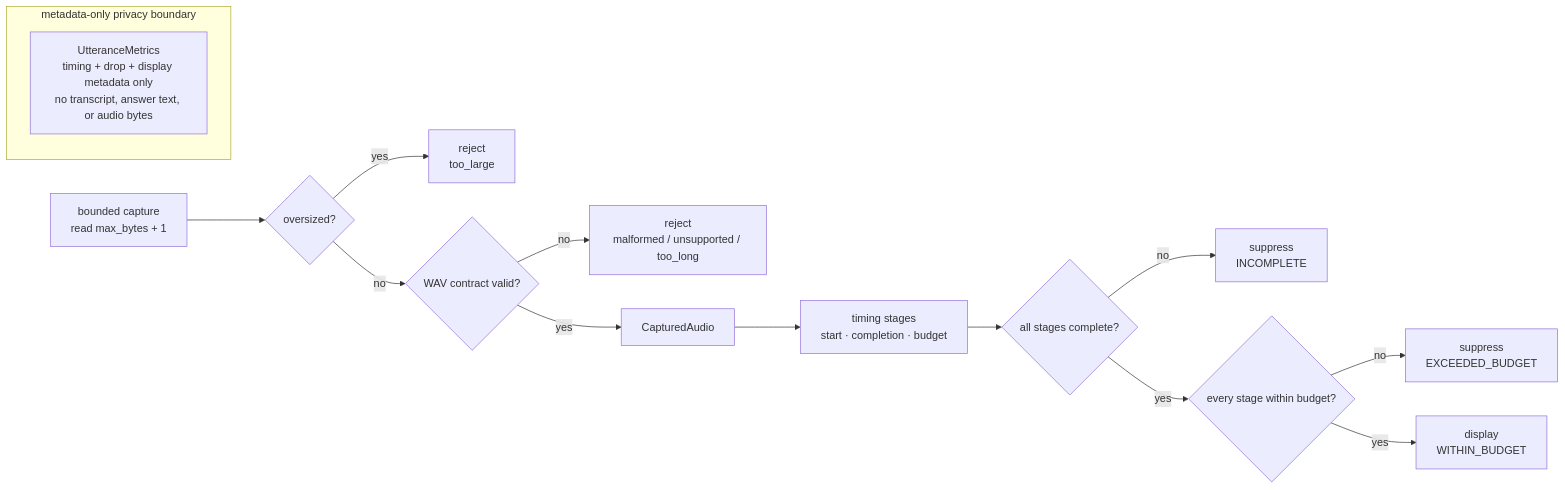
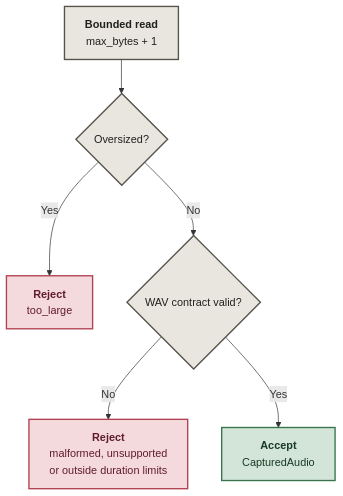
One commit to Niyam-Paneru/voice-pipeline-guard changed the first of 2 diagrams in README.md. Above: the diagram before and after it, drawn with Mermaid. The commit also changed other lines of this file, not shown here.

Commit message:
docs: clarify samples and repair README flow

````diff
--- a/README.md
+++ b/README.md
@@ -11,18 +11,14 @@
 ```mermaid
-flowchart LR
-    A["bounded capture<br/>read max_bytes + 1"] --> B{"oversized?"}
-    B -- yes --> R["reject<br/>too_large"]
-    B -- no --> C{"WAV contract valid?"}
-    C -- no --> X["reject<br/>malformed / unsupported / too_long"]
-    C -- yes --> D["CapturedAudio"]
-    D --> E["timing stages<br/>start · completion · budget"]
-    E --> F{"all stages complete?"}
-    F -- no --> S["suppress<br/>INCOMPLETE"]
-    F -- yes --> G{"every stage within budget?"}
-    G -- no --> L["suppress<br/>EXCEEDED_BUDGET"]
-    G -- yes --> H["display<br/>WITHIN_BUDGET"]
-
-    subgraph P["metadata-only privacy boundary"]
-        M["UtteranceMetrics<br/>timing + drop + display metadata only<br/>no transcript, answer text, or audio bytes"]
-    end
+flowchart TB
+    A["<b>Bounded read</b><br/>max_bytes + 1"] --> B{"Oversized?"}
+    B -- Yes --> R["<b>Reject</b><br/>too_large"]
+    B -- No --> C{"WAV contract valid?"}
+    C -- No --> X["<b>Reject</b><br/>malformed, unsupported<br/>or outside duration limits"]
+    C -- Yes --> D["<b>Accept</b><br/>CapturedAudio"]
+    classDef input fill:#e8e6df,stroke:#55534a,color:#20201d,stroke-width:2px;
+    classDef pass fill:#d2e5d8,stroke:#38734d,color:#183923,stroke-width:2px;
+    classDef stop fill:#f4dadd,stroke:#b14253,color:#611c29,stroke-width:2px;
+    class A,B,C input;
+    class D pass;
+    class R,X stop;
 ```
````
